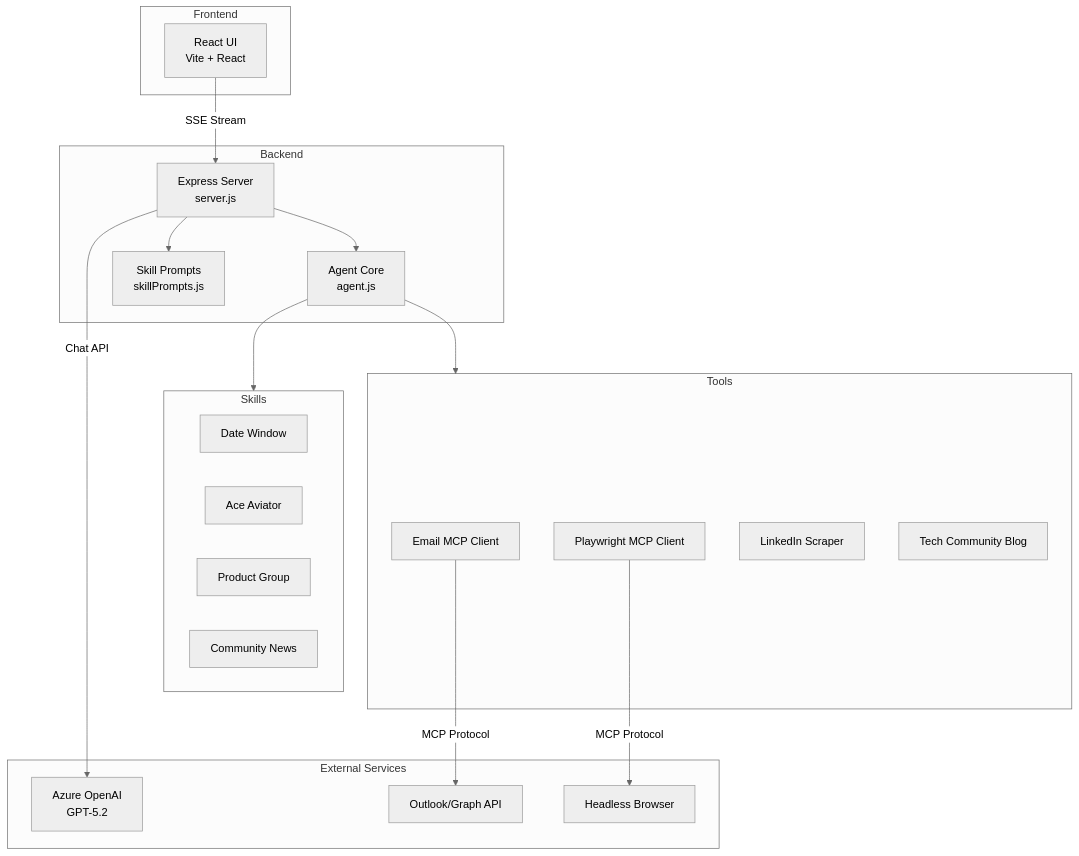
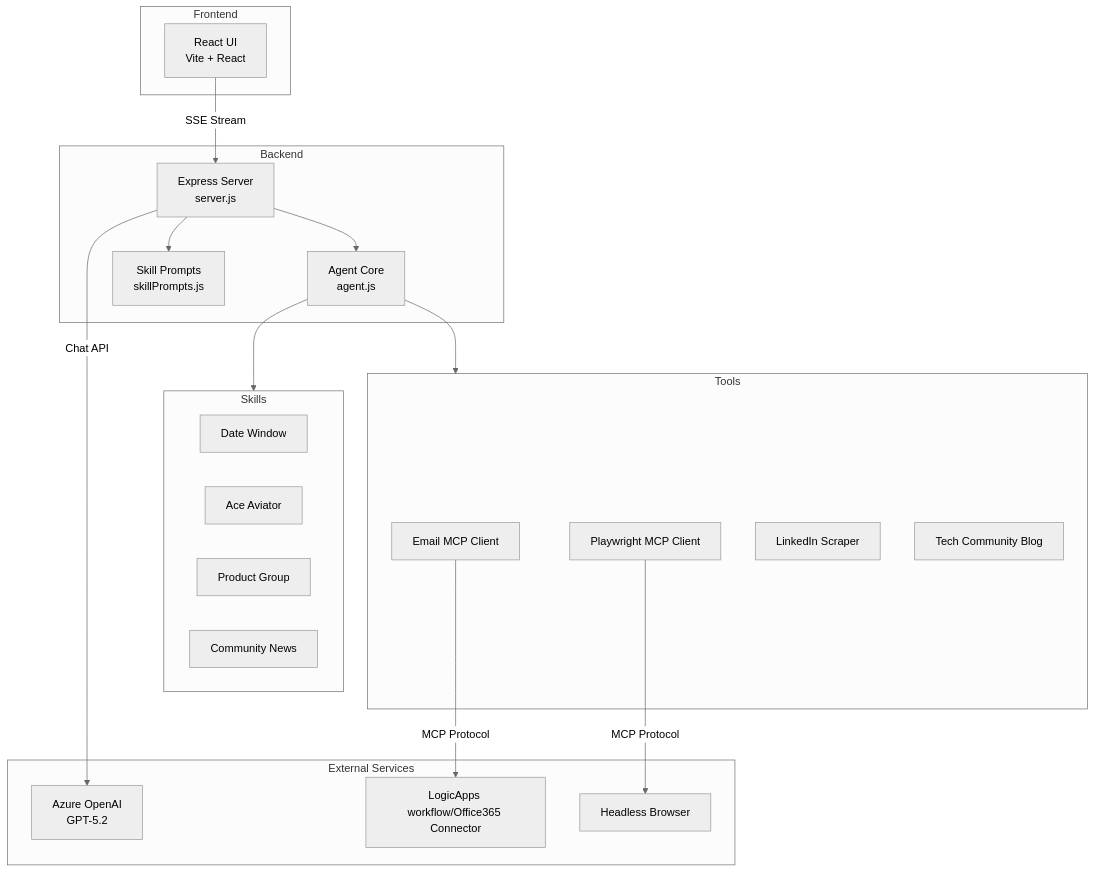
Before and after one commit to wsilveiranz/aviators-code-agent: the first of 8 diagrams in ARCHITECTURE.md, drawn with Mermaid (neutral theme).

Commit message:
Update Outlook service description in architecture

````diff
--- a/ARCHITECTURE.md
+++ b/ARCHITECTURE.md
@@ -7,41 +7,41 @@
 ```mermaid
 graph TB
     subgraph "Frontend"
         UI[React UI<br/>Vite + React]
     end
     
     subgraph "Backend"
         Server[Express Server<br/>server.js]
         Agent[Agent Core<br/>agent.js]
         Prompts[Skill Prompts<br/>skillPrompts.js]
     end
     
     subgraph "Skills"
         DateWindow[Date Window]
         AceAviator[Ace Aviator]
         ProductGroup[Product Group]
         CommunityNews[Community News]
     end
     
     subgraph "Tools"
         EmailMCP[Email MCP Client]
         PlaywrightMCP[Playwright MCP Client]
         LinkedIn[LinkedIn Scraper]
         TechCommunity[Tech Community Blog]
     end
     
     subgraph "External Services"
         AzureOpenAI[Azure OpenAI<br/>GPT-5.2]
-        Outlook[Outlook/Graph API]
+        Outlook[LogicApps workflow/Office365 Connector]
         Browser[Headless Browser]
     end
     
     UI -->|SSE Stream| Server
     Server --> Agent
     Server --> Prompts
     Agent --> Skills
     Agent --> Tools
     Server -->|Chat API| AzureOpenAI
     EmailMCP -->|MCP Protocol| Outlook
     PlaywrightMCP -->|MCP Protocol| Browser
 ```
````
